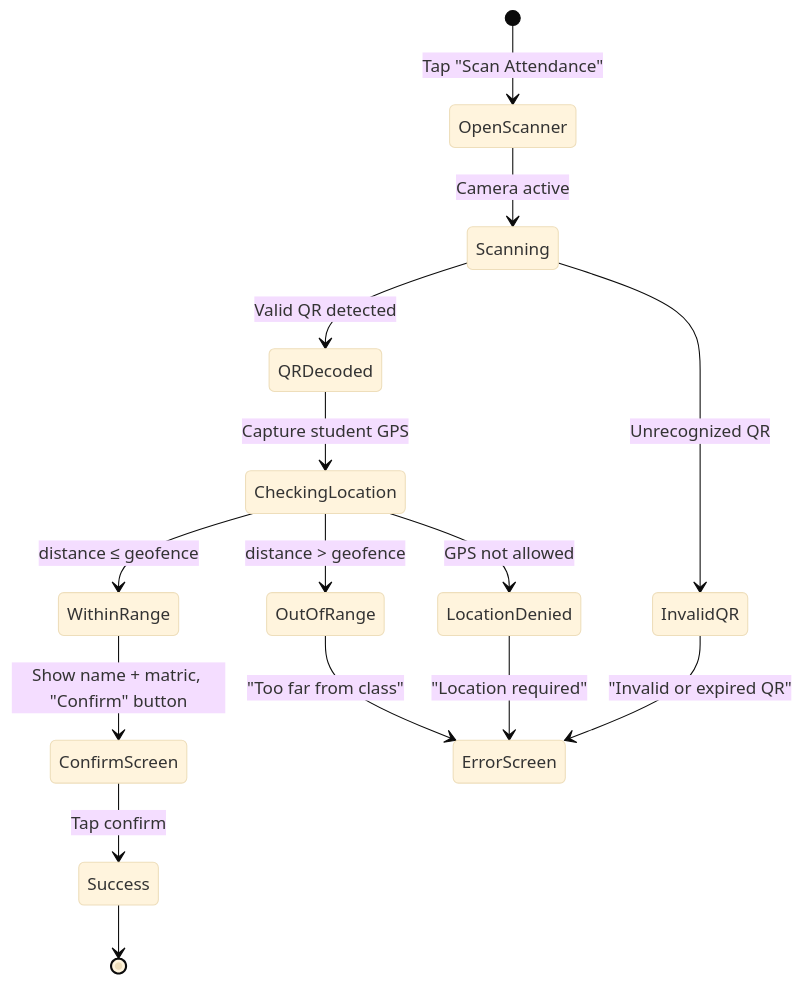
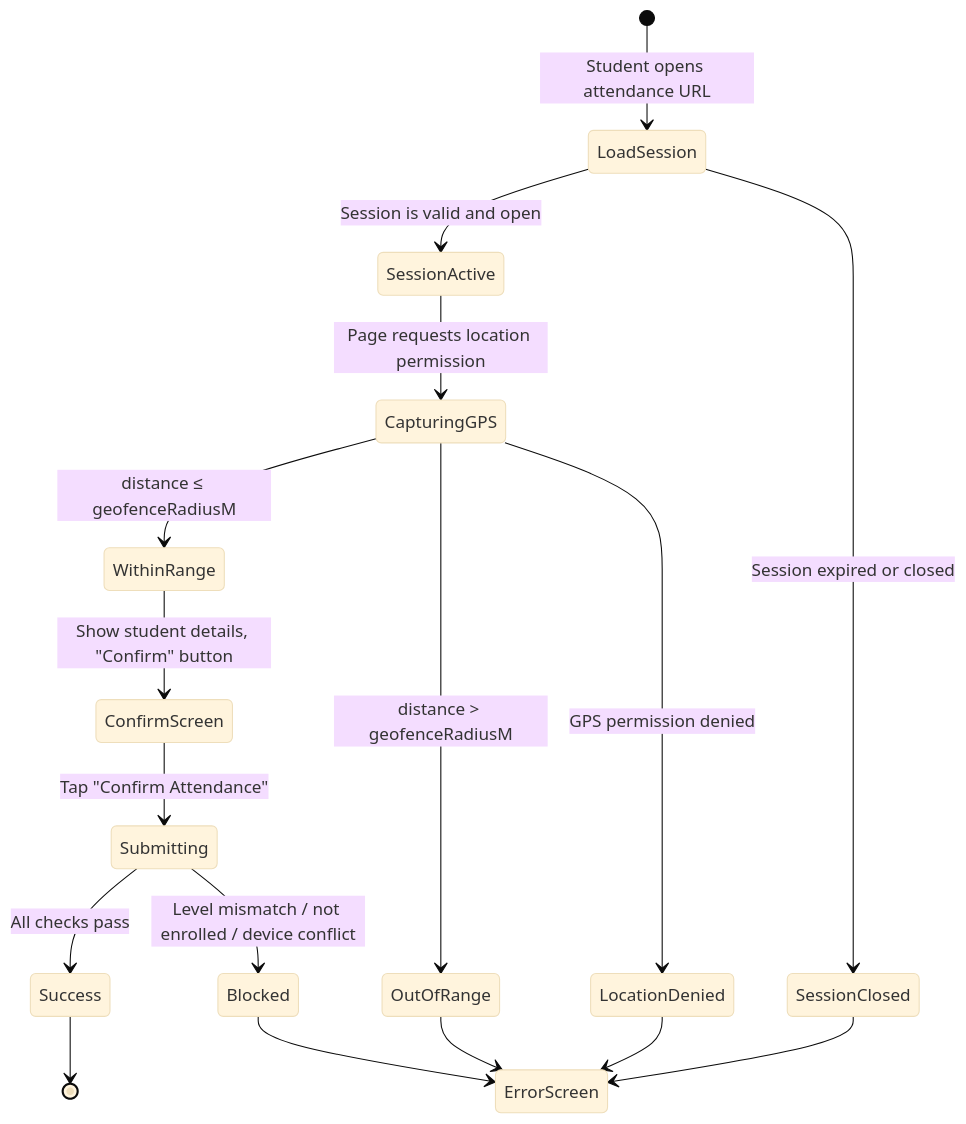
Before and after one commit to abdulbasit-io/Attendly: the third of 3 diagrams in docs/product_specification.md, drawn with Mermaid (base theme). The commit also changed other lines of this file and 5 other files, not shown here.

Commit message:
docs: update product specification with new enrollment, attendance flow, and session creation wizard details

````diff
--- a/docs/product_specification.md
+++ b/docs/product_specification.md
@@ -135,17 +161,19 @@
 ```mermaid
 stateDiagram-v2
-    [*] --> OpenScanner: Tap "Scan Attendance"
-    OpenScanner --> Scanning: Camera active
-    Scanning --> QRDecoded: Valid QR detected
-    Scanning --> InvalidQR: Unrecognized QR
-    QRDecoded --> CheckingLocation: Capture student GPS
-    CheckingLocation --> WithinRange: distance ≤ geofence
-    CheckingLocation --> OutOfRange: distance > geofence
-    CheckingLocation --> LocationDenied: GPS not allowed
-    WithinRange --> ConfirmScreen: Show name + matric, "Confirm" button
-    ConfirmScreen --> Success: Tap confirm
-    OutOfRange --> ErrorScreen: "Too far from class"
-    LocationDenied --> ErrorScreen: "Location required"
-    InvalidQR --> ErrorScreen: "Invalid or expired QR"
+    [*] --> LoadSession: Student opens attendance URL
+    LoadSession --> SessionActive: Session is valid and open
+    LoadSession --> SessionClosed: Session expired or closed
+    SessionActive --> CapturingGPS: Page requests location permission
+    CapturingGPS --> WithinRange: distance ≤ geofenceRadiusM
+    CapturingGPS --> OutOfRange: distance > geofenceRadiusM
+    CapturingGPS --> LocationDenied: GPS permission denied
+    WithinRange --> ConfirmScreen: Show student details, "Confirm" button
+    ConfirmScreen --> Submitting: Tap "Confirm Attendance"
+    Submitting --> Success: All checks pass
+    Submitting --> Blocked: Level mismatch / not enrolled / device conflict
+    OutOfRange --> ErrorScreen
+    LocationDenied --> ErrorScreen
+    SessionClosed --> ErrorScreen
+    Blocked --> ErrorScreen
     Success --> [*]
 ```
````
